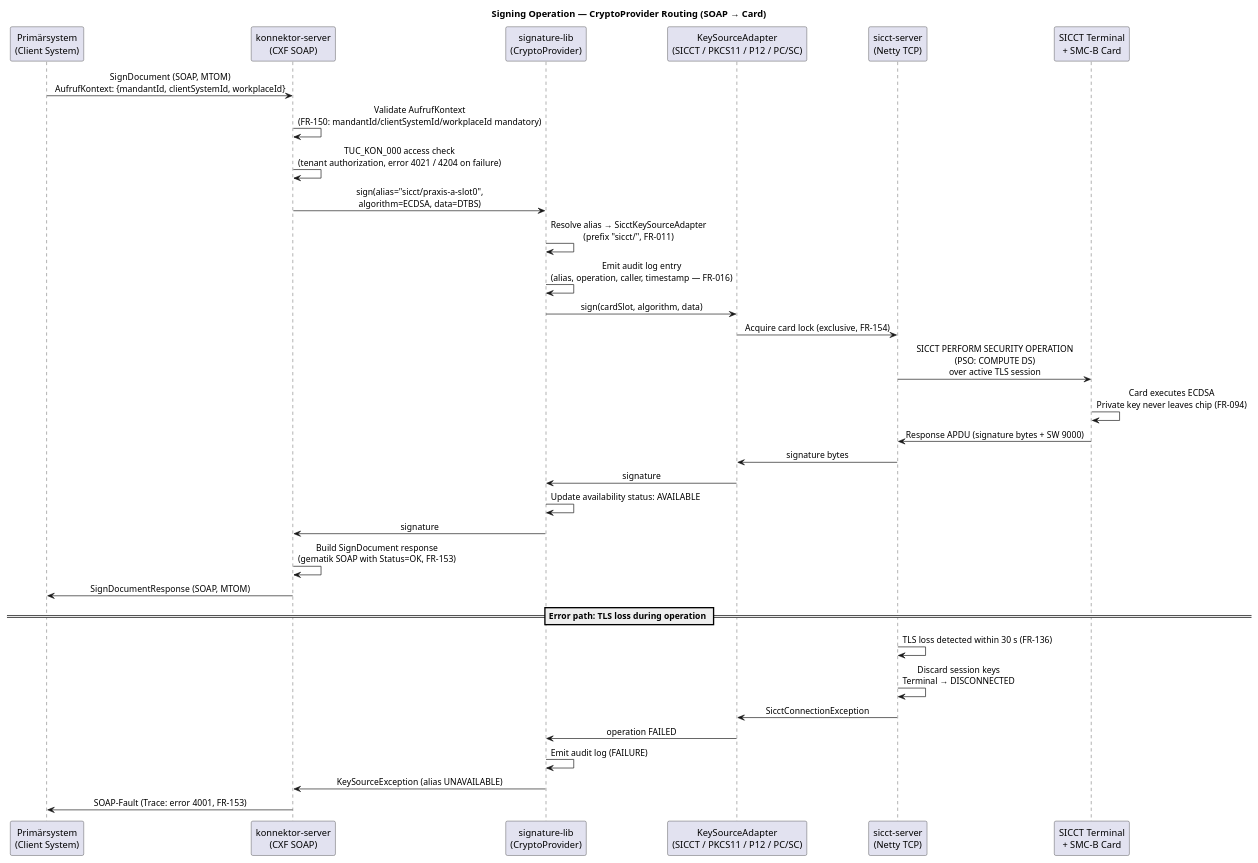
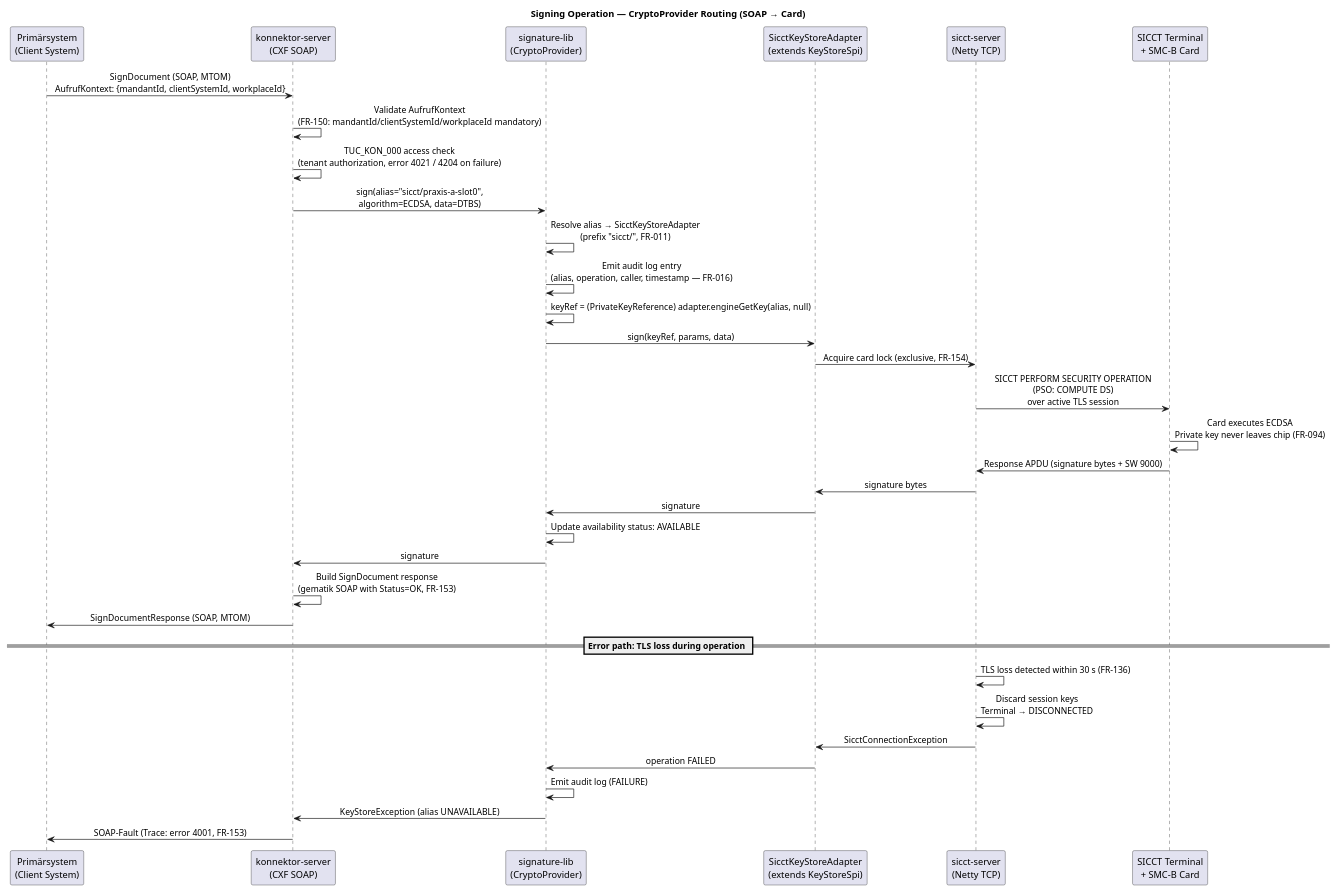
One commit to med-united/basis-consumer-health changed the diagram in specs/001-quarkus-basis-consumer/diagrams/sequence-signing.puml. Above: the diagram before and after it, drawn with PlantUML. The commit also changed 12 other files, not shown here.

```diff
--- a/specs/001-quarkus-basis-consumer/diagrams/sequence-signing.puml
+++ b/specs/001-quarkus-basis-consumer/diagrams/sequence-signing.puml
@@ -1,40 +1,41 @@
 @startuml sequence-signing
 title Signing Operation — CryptoProvider Routing (SOAP → Card)
 skinparam sequenceMessageAlign center
 
 participant "Primärsystem\n(Client System)" as PS
 participant "konnektor-server\n(CXF SOAP)" as SOAP
 participant "signature-lib\n(CryptoProvider)" as CP
-participant "KeySourceAdapter\n(SICCT / PKCS11 / P12 / PC/SC)" as KSA
+participant "SicctKeyStoreAdapter\n(extends KeyStoreSpi)" as KSA
 participant "sicct-server\n(Netty TCP)" as SICCT
 participant "SICCT Terminal\n+ SMC-B Card" as KT
 
 PS -> SOAP : SignDocument (SOAP, MTOM)\nAufrufKontext: {mandantId, clientSystemId, workplaceId}
 SOAP -> SOAP : Validate AufrufKontext\n(FR-150: mandantId/clientSystemId/workplaceId mandatory)
 SOAP -> SOAP : TUC_KON_000 access check\n(tenant authorization, error 4021 / 4204 on failure)
 SOAP -> CP : sign(alias="sicct/praxis-a-slot0",\nalgorithm=ECDSA, data=DTBS)
-CP -> CP : Resolve alias → SicctKeySourceAdapter\n(prefix "sicct/", FR-011)
+CP -> CP : Resolve alias → SicctKeyStoreAdapter\n(prefix "sicct/", FR-011)
 CP -> CP : Emit audit log entry\n(alias, operation, caller, timestamp — FR-016)
-CP -> KSA : sign(cardSlot, algorithm, data)
+CP -> CP : keyRef = (PrivateKeyReference) adapter.engineGetKey(alias, null)
+CP -> KSA : sign(keyRef, params, data)
 KSA -> SICCT : Acquire card lock (exclusive, FR-154)
 SICCT -> KT : SICCT PERFORM SECURITY OPERATION\n(PSO: COMPUTE DS)\nover active TLS session
 KT -> KT : Card executes ECDSA\nPrivate key never leaves chip (FR-094)
 KT -> SICCT : Response APDU (signature bytes + SW 9000)
 SICCT -> KSA : signature bytes
 KSA -> CP : signature
 CP -> CP : Update availability status: AVAILABLE
 CP -> SOAP : signature
 SOAP -> SOAP : Build SignDocument response\n(gematik SOAP with Status=OK, FR-153)
 SOAP -> PS : SignDocumentResponse (SOAP, MTOM)
 
 == Error path: TLS loss during operation ==
 
 SICCT -> SICCT : TLS loss detected within 30 s (FR-136)
 SICCT -> SICCT : Discard session keys\nTerminal → DISCONNECTED
 SICCT -> KSA : SicctConnectionException
 KSA -> CP : operation FAILED
 CP -> CP : Emit audit log (FAILURE)
-CP -> SOAP : KeySourceException (alias UNAVAILABLE)
+CP -> SOAP : KeyStoreException (alias UNAVAILABLE)
 SOAP -> PS : SOAP-Fault (Trace: error 4001, FR-153)
 
 @enduml
```
